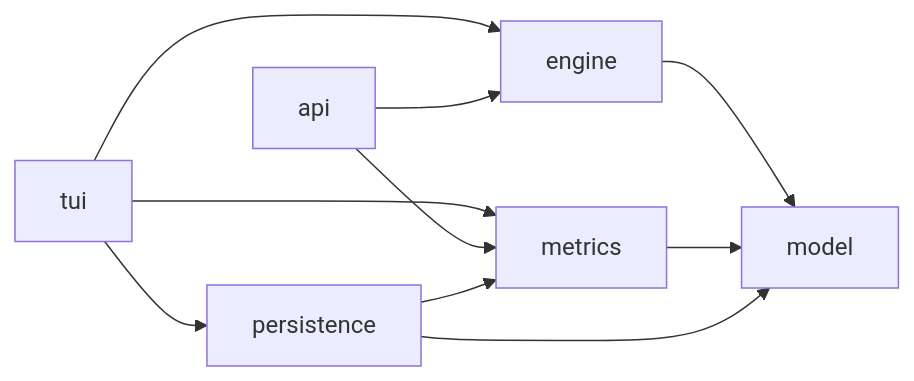
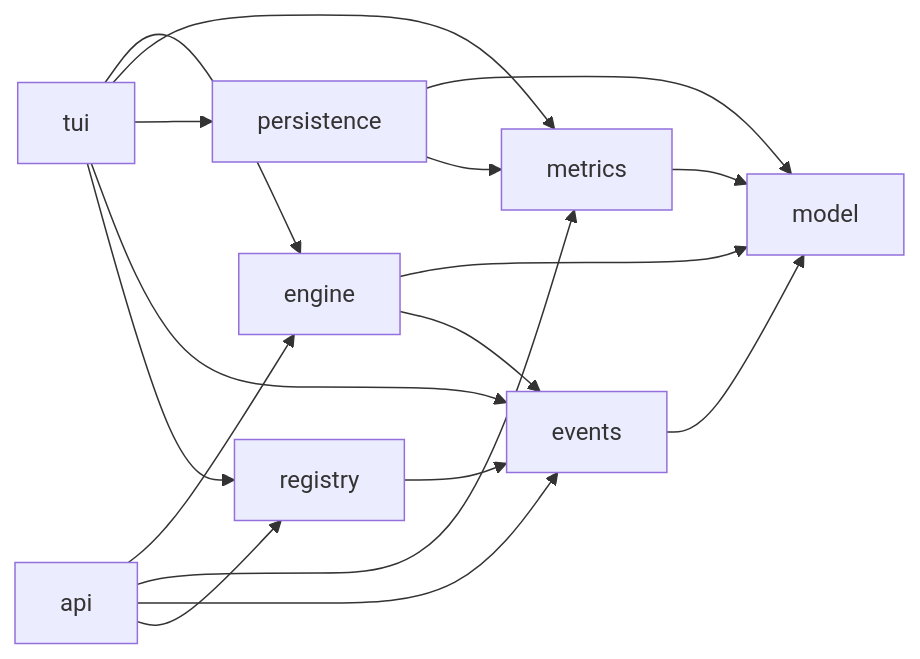
One commit to binaryphile/sofdevsim-2026 changed the fourth of 9 diagrams in docs/design.md. Above: the diagram before and after it, drawn with Mermaid. The commit also changed other lines of this file and 3 other files, not shown here.

````diff
--- a/docs/design.md
+++ b/docs/design.md
@@ -251,12 +279,19 @@
 ```mermaid
 graph LR
     tui --> engine
     tui --> metrics
     tui --> persistence
+    tui --> events
+    tui --> registry
     api --> engine
     api --> metrics
+    api --> events
+    api --> registry
     engine --> model
+    engine --> events
     metrics --> model
     persistence --> model
     persistence --> metrics
+    registry --> events
+    events --> model
 ```
````
